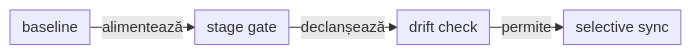
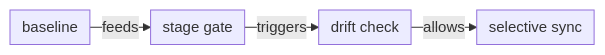
One commit to crististefanita/atf_j0 changed the fourth of 6 diagrams in docs/ATF_Build_And_Execution_Safety.md. Above: the diagram before and after it, drawn with Mermaid. The commit also changed other lines of this file and 113 other files, not shown here.

````diff
--- a/docs/ATF_Build_And_Execution_Safety.md
+++ b/docs/ATF_Build_And_Execution_Safety.md
@@ -162,7 +157,7 @@
 ```mermaid
 %%{init: {"themeVariables":{"fontSize":"15px"},"themeCSS":".nodeLabel, .nodeLabel p { font-size: 15px !important; line-height: 1.35 !important; } .edgeLabel, .edgeLabel p { font-size: 12px !important; font-weight: 400 !important; line-height: 1.2 !important; } .edgeLabel .labelBkg, .edgeLabel p { background: transparent !important; } .edgeLabel foreignObject { transform: translateY(-18px); overflow: visible; } .node rect { rx: 6px; ry: 6px; }","flowchart":{"curve":"linear","nodeSpacing":24,"rankSpacing":24,"padding":6,"diagramPadding":20}}}%%
 flowchart LR
-    Manifest["baseline"] -->|alimentează| Build["stage gate"]
-    Build -->|declanșează| Guard["drift check"]
-    Guard -->|permite| Promote["selective sync"]
+    Manifest["baseline"] -->|feeds| Build["stage gate"]
+    Build -->|triggers| Guard["drift check"]
+    Guard -->|allows| Promote["selective sync"]
 ```
````
